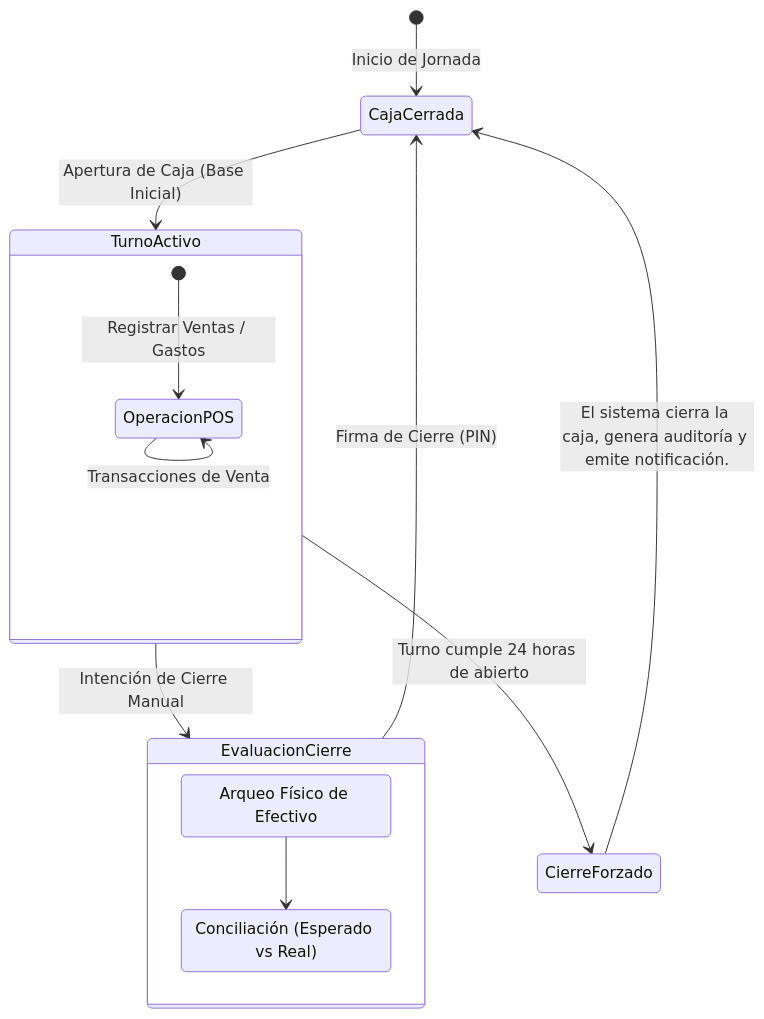
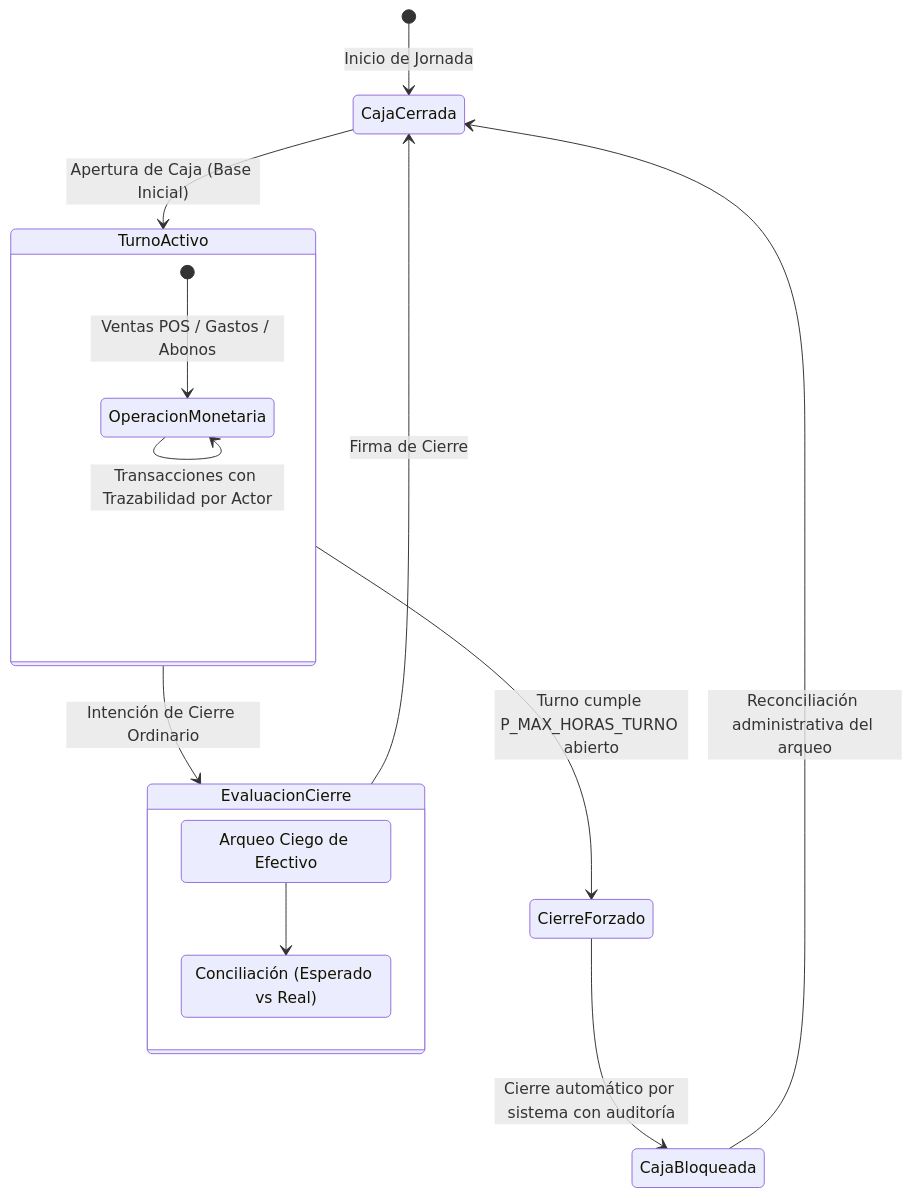
Before and after one commit to YamirJCF/tienda-barrio-pro: the diagram in documentation/01_requirements/FRD/FRD_017_CICLO_CONTABLE_Y_SESIONES.md, drawn with Mermaid. The commit also changed other lines of this file and 25 other files, not shown here.

````diff
--- a/documentation/01_requirements/FRD/FRD_017_CICLO_CONTABLE_Y_SESIONES.md
+++ b/documentation/01_requirements/FRD/FRD_017_CICLO_CONTABLE_Y_SESIONES.md
@@ -21,23 +24,24 @@
 ```mermaid
 stateDiagram-v2
     [*] --> CajaCerrada: Inicio de Jornada
     CajaCerrada --> TurnoActivo: Apertura de Caja (Base Inicial)
     
     state TurnoActivo {
-        [*] --> OperacionPOS: Registrar Ventas / Gastos
-        OperacionPOS --> OperacionPOS: Transacciones de Venta
+        [*] --> OperacionMonetaria: Ventas POS / Gastos / Abonos
+        OperacionMonetaria --> OperacionMonetaria: Transacciones con Trazabilidad por Actor
     }
     
-    TurnoActivo --> EvaluacionCierre: Intención de Cierre Manual
-    TurnoActivo --> CierreForzado: Turno cumple 24 horas de abierto
+    TurnoActivo --> EvaluacionCierre: Intención de Cierre Ordinario
+    TurnoActivo --> CierreForzado: Turno cumple P_MAX_HORAS_TURNO abierto
     
     state EvaluacionCierre {
-        state "Arqueo Físico de Efectivo" as Arqueo
+        state "Arqueo Ciego de Efectivo" as Arqueo
         state "Conciliación (Esperado vs Real)" as Conciliacion
         Arqueo --> Conciliacion
     }
     
-    EvaluacionCierre --> CajaCerrada: Firma de Cierre (PIN)
+    EvaluacionCierre --> CajaCerrada: Firma de Cierre
     
-    CierreForzado --> CajaCerrada: El sistema cierra la caja, genera auditoría y emite notificación.
+    CierreForzado --> CajaBloqueada: Cierre automático por sistema con auditoría
+    CajaBloqueada --> CajaCerrada: Reconciliación administrativa del arqueo
 ```
````
